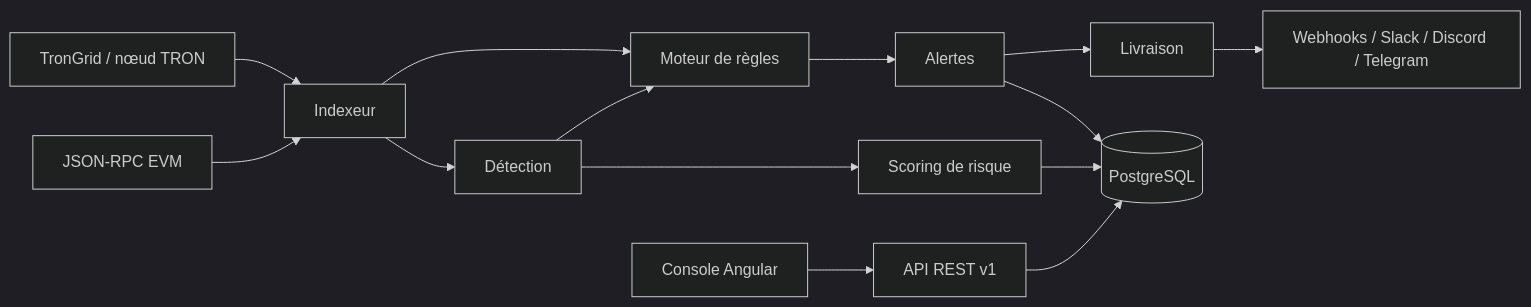
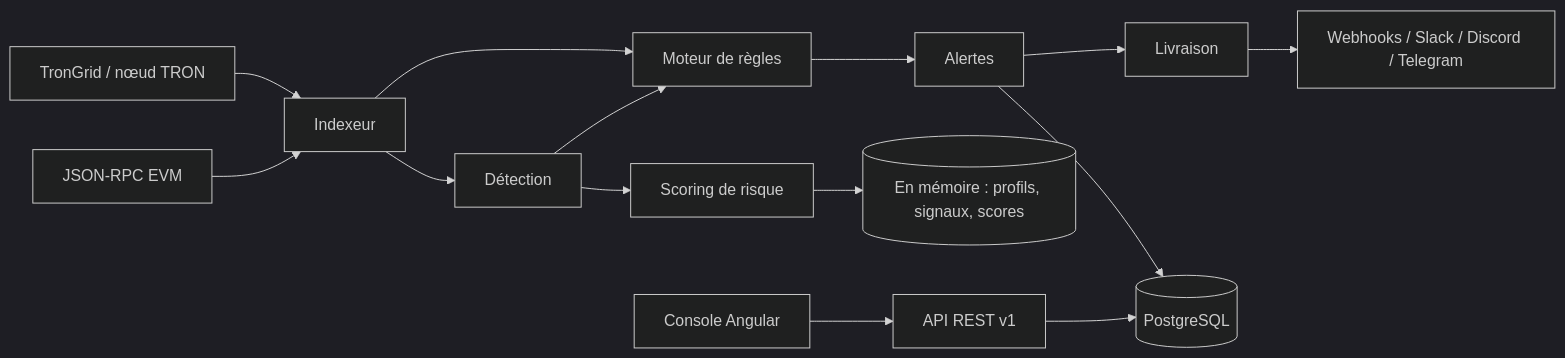
The diagram in README.fr.md (alertmanager12-blip/openchain-intelligence), drawn with Mermaid (dark theme) before and after one commit. The commit also changed other lines of this file and 78 other files, not shown here.

````diff
--- a/README.fr.md
+++ b/README.fr.md
@@ -339,10 +339,11 @@
 ```mermaid
 flowchart LR
   TG[TronGrid / nœud TRON] & RPC[JSON-RPC EVM] --> IDX[Indexeur]
   IDX --> DET[Détection] --> SC[Scoring de risque]
   IDX --> RE[Moteur de règles]
   DET --> RE
   RE --> AL[Alertes] --> DLV[Livraison] --> EXT[Webhooks / Slack / Discord / Telegram]
-  AL & SC --> PG[(PostgreSQL)]
+  AL --> PG[(PostgreSQL)]
+  SC --> MEM[(En mémoire : profils, signaux, scores)]
   UI[Console Angular] --> API[API REST v1] --> PG
 ```
````
